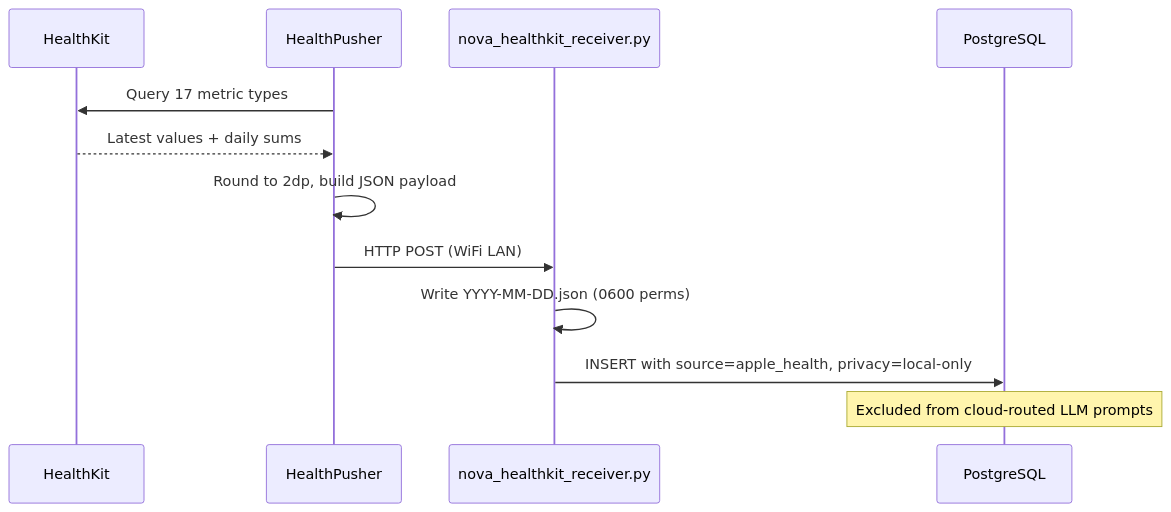
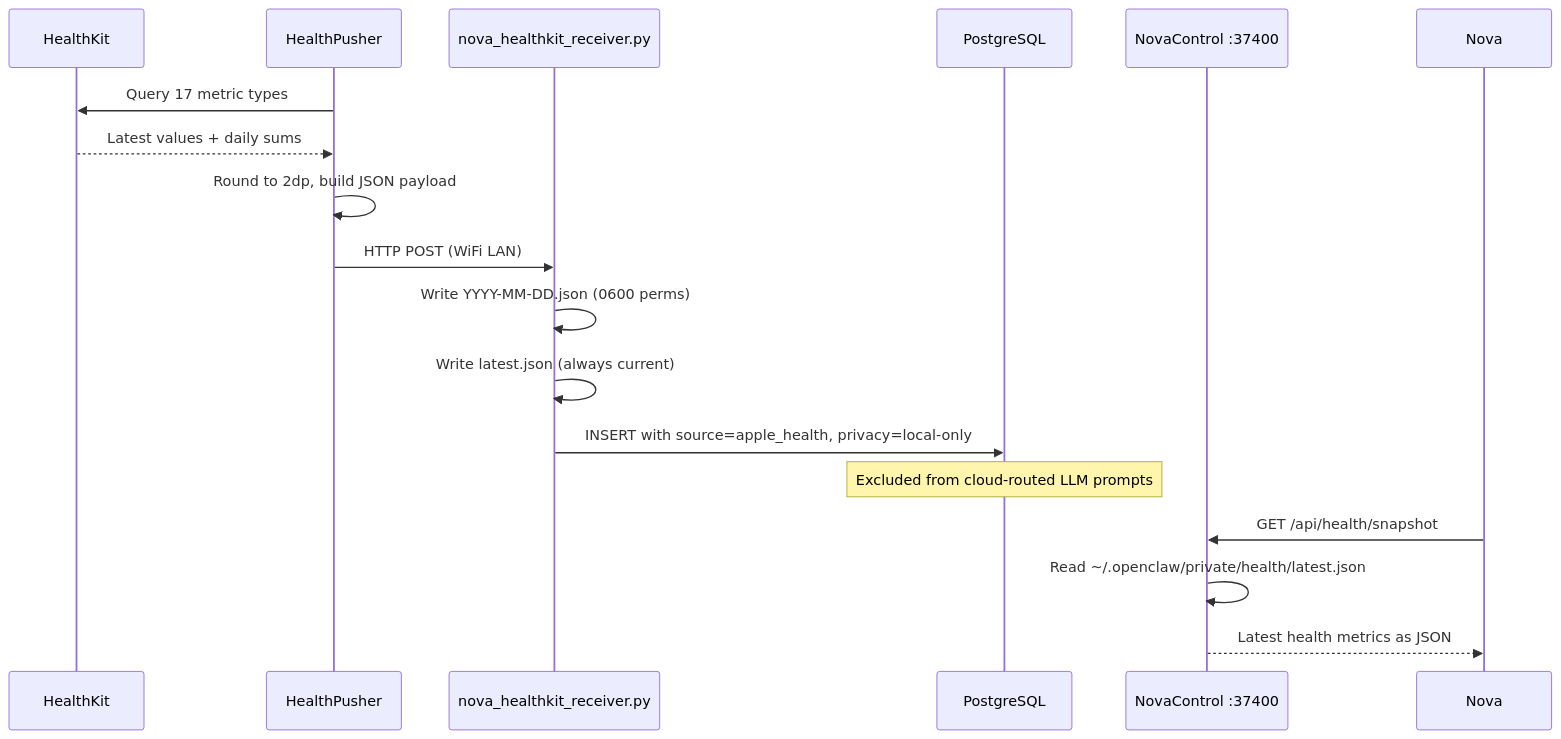
Before and after one commit to kochj23/NovaHealth: the second of 3 diagrams in README.md, drawn with Mermaid. The commit also changed other lines of this file, not shown here.

First line of the commit message:
docs: Update README — NovaControl /api/health/snapshot integration

````diff
--- a/README.md
+++ b/README.md
@@ -39,15 +41,21 @@
 ```mermaid
 sequenceDiagram
     participant HealthKit
     participant Pusher as HealthPusher
     participant Recv as nova_healthkit_receiver.py
     participant PG as PostgreSQL
+    participant NC as NovaControl :37400
+    participant Nova as Nova
 
     Pusher->>HealthKit: Query 17 metric types
     HealthKit-->>Pusher: Latest values + daily sums
     Pusher->>Pusher: Round to 2dp, build JSON payload
     Pusher->>Recv: HTTP POST (WiFi LAN)
     Recv->>Recv: Write YYYY-MM-DD.json (0600 perms)
+    Recv->>Recv: Write latest.json (always current)
     Recv->>PG: INSERT with source=apple_health, privacy=local-only
     Note over PG: Excluded from cloud-routed LLM prompts
+    Nova->>NC: GET /api/health/snapshot
+    NC->>NC: Read ~/.openclaw/private/health/latest.json
+    NC-->>Nova: Latest health metrics as JSON
 ```
````
